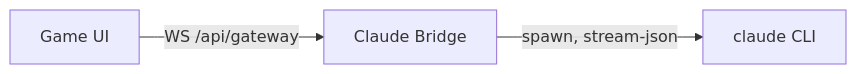
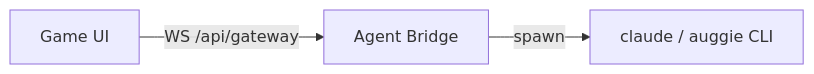
The diagram in README.md (Basone01/agent-town-fork), drawn with Mermaid before and after one commit. The commit also changed other lines of this file and 11 other files, not shown here.

````diff
--- a/README.md
+++ b/README.md
@@ -114,9 +124,9 @@
 ```mermaid
 flowchart LR
     UI[Game UI]
-    Bridge[Claude Bridge]
-    CLI[claude CLI]
+    Bridge[Agent Bridge]
+    CLI[claude / auggie CLI]
 
     UI -->|WS /api/gateway| Bridge
-    Bridge -->|spawn, stream-json| CLI
+    Bridge -->|spawn| CLI
 ```
````
